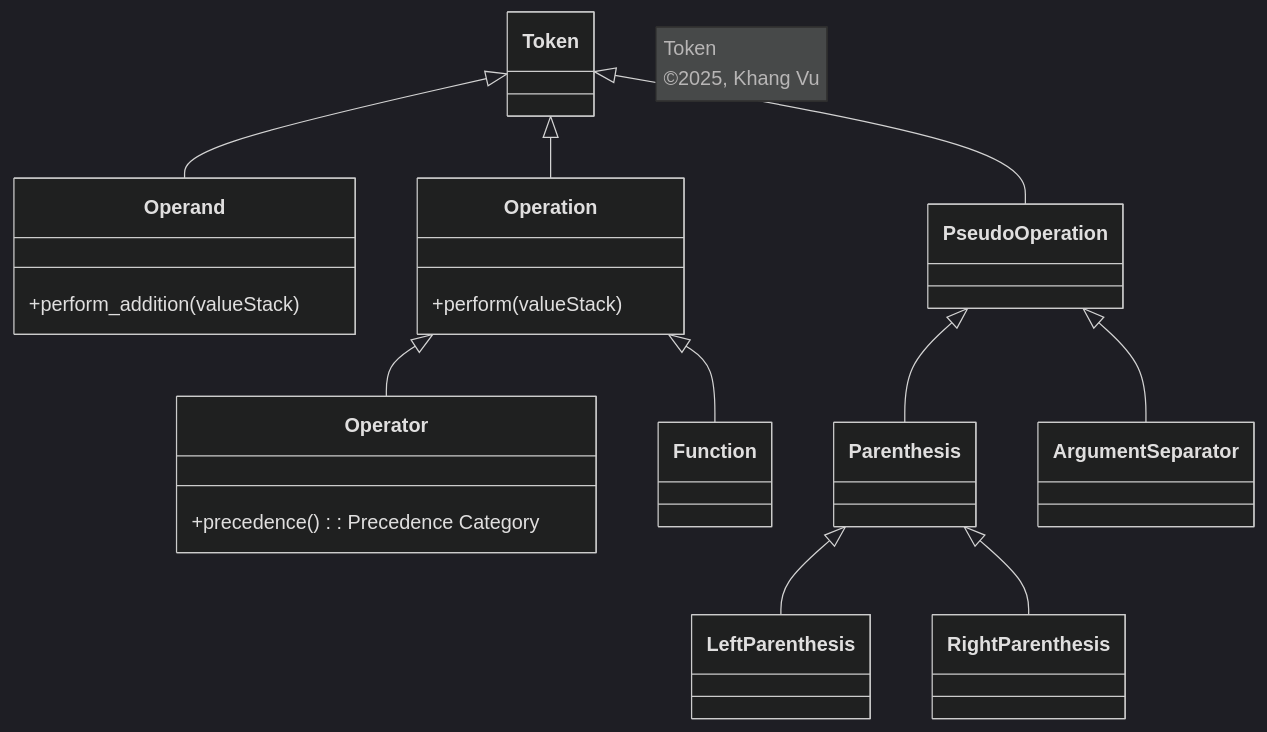
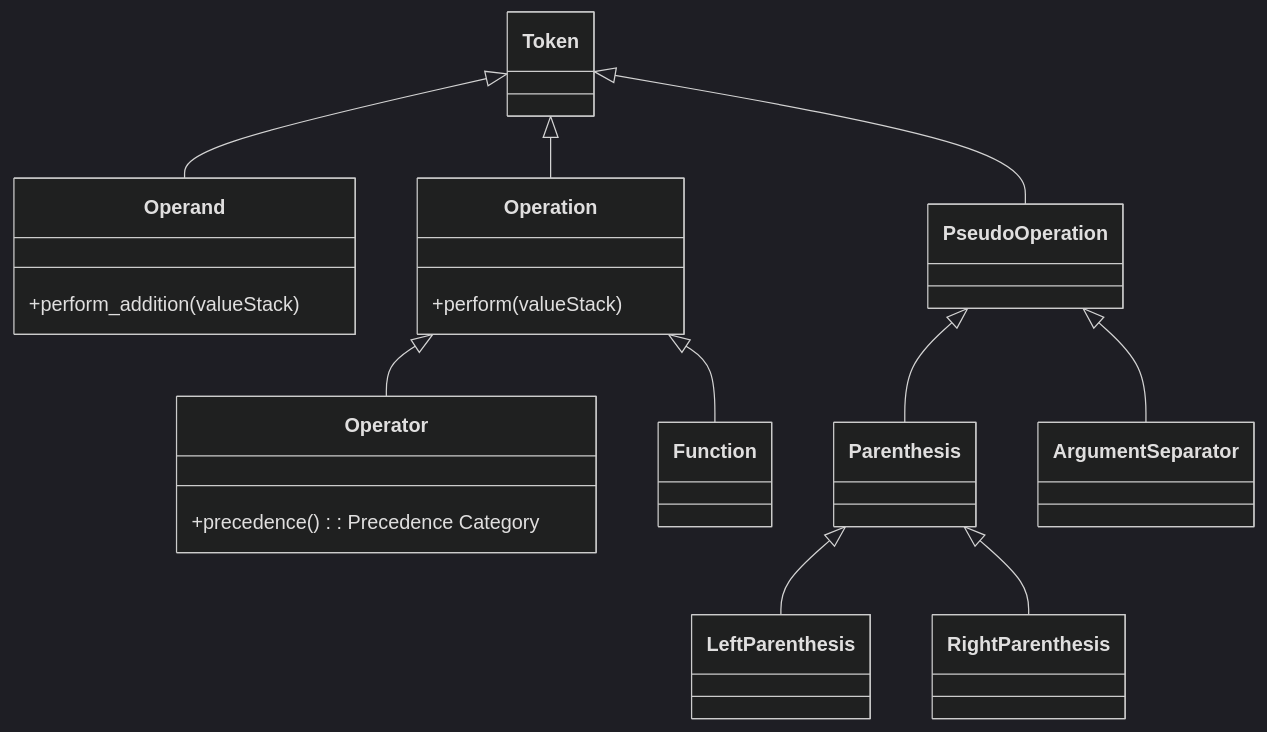
One commit to khangvum/exprevaluator changed the diagram in !docs/Token.md. Above: the diagram before and after it, drawn with Mermaid (dark theme).

````diff
--- a/!docs/Token.md
+++ b/!docs/Token.md
@@ -1,40 +3,38 @@
 ```mermaid
 classDiagram
-    note "Token<br>©2025, Khang Vu"
-
     class Token
 
     class Operand {
         +perform_addition(valueStack)
     }
 
     class Operation {
         +perform(valueStack)
     }
 
     class PseudoOperation
 
     class Operator {
         +precedence(): Precedence Category
     }
 
     class Function
 
     class Parenthesis
 
     class ArgumentSeparator
 
     class LeftParenthesis
 
     class RightParenthesis
 
     Token <|-- Operand
     Token <|-- Operation
     Token <|-- PseudoOperation
     PseudoOperation <|-- Parenthesis
     PseudoOperation <|-- ArgumentSeparator
     Parenthesis <|-- LeftParenthesis
     Parenthesis <|-- RightParenthesis
     Operation <|-- Operator
     Operation <|-- Function
 ```
````
